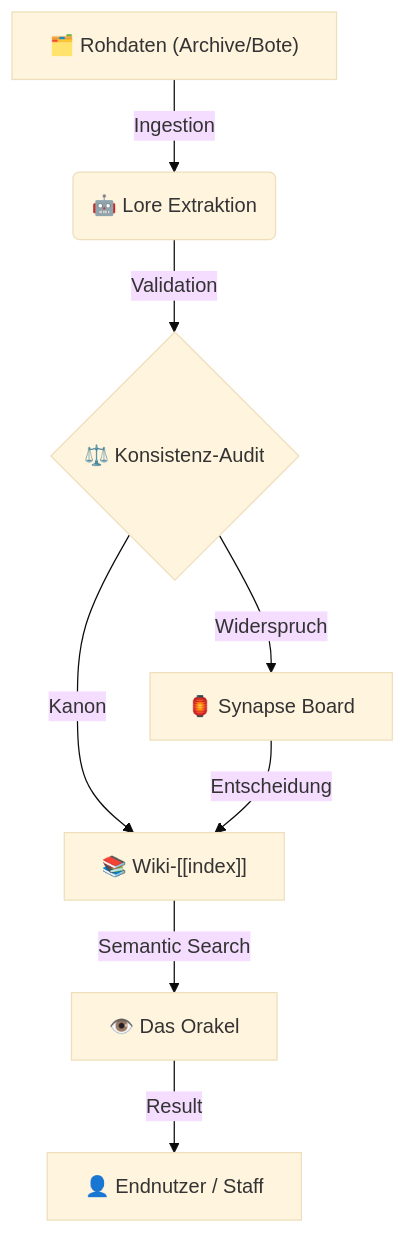
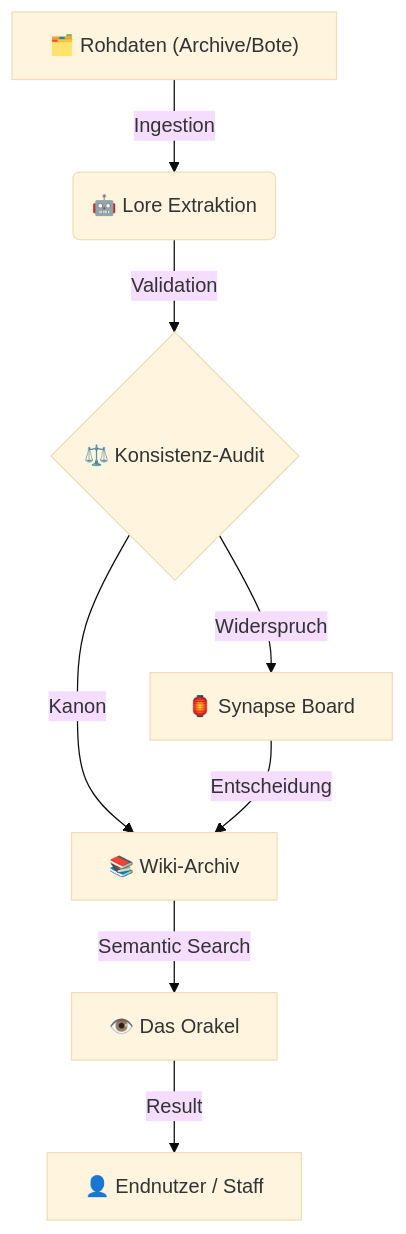
Before and after one commit to Siebenwind/7w_wiki: the diagram in Siebenwind_Wiki/index.md, drawn with Mermaid (base theme). The commit also changed other lines of this file and 7 other files, not shown here.

````diff
--- a/Siebenwind_Wiki/index.md
+++ b/Siebenwind_Wiki/index.md
@@ -33,10 +35,10 @@
 ```mermaid
 graph TD
     A["🗂️ Rohdaten (Archive/Bote)"] -->|Ingestion| B("🤖 Lore Extraktion")
     B -->|Validation| C{"⚖️ Konsistenz-Audit"}
-    C -->|Kanon| D["📚 Wiki-[[index]]"]
+    C -->|Kanon| D["📚 Wiki-Archiv"]
     C -->|Widerspruch| E["🏮 Synapse Board"]
     E -->|Entscheidung| D
     D -->|Semantic Search| F["👁️ Das Orakel"]
     F -->|Result| G["👤 Endnutzer / Staff"]
 ```
````
